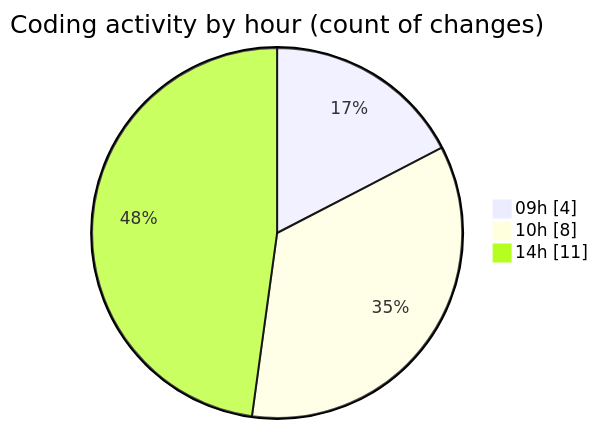
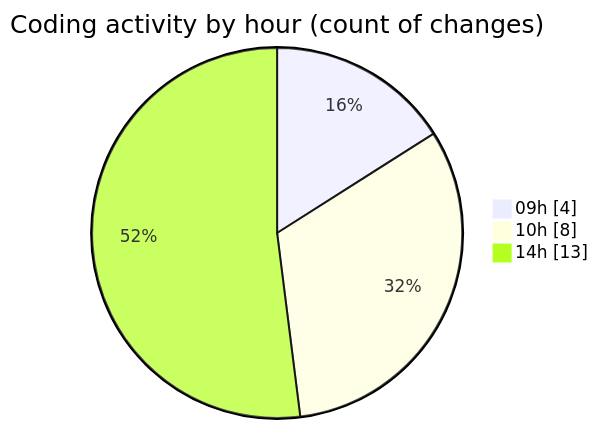
Before and after one commit to momahboobian/code-tracking: the second of 2 diagrams in 2026-03-12/cda/README.md, drawn with Mermaid. The commit also changed other lines of this file and 1 other file, not shown here.

````diff
--- a/2026-03-12/cda/README.md
+++ b/2026-03-12/cda/README.md
@@ -37,7 +38,7 @@
 ```mermaid
 pie showData
 title Coding activity by hour (count of changes)
 "09h" : 4
 "10h" : 8
-"14h" : 11
+"14h" : 13
 ```
````
